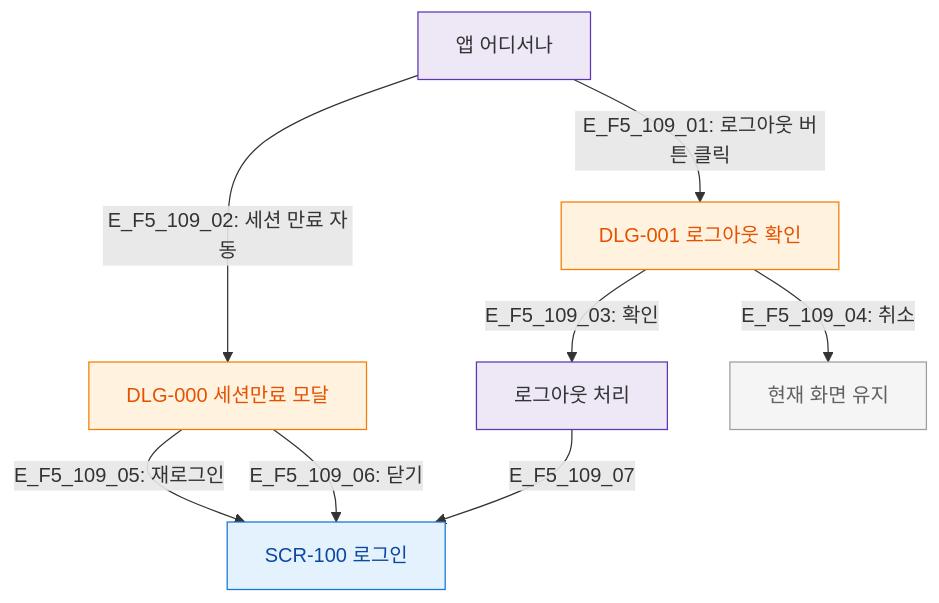
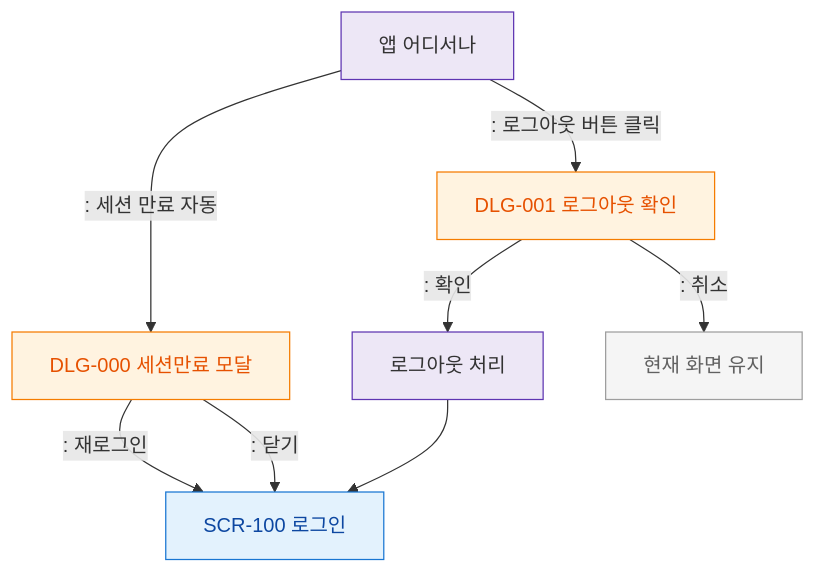
One commit to dev-spogym/admin-pando changed the diagram in docs/다이어그램/D01_공통/SCR-109_로그아웃/F5_모달트리거.md. Above: the diagram before and after it, drawn with Mermaid. The commit also changed other lines of this file and 1660 other files, not shown here.

First line of the commit message:
다이어그램: 기획자/클라이언트 납품본으로 정리

````diff
--- a/docs/다이어그램/D01_공통/SCR-109_로그아웃/F5_모달트리거.md
+++ b/docs/다이어그램/D01_공통/SCR-109_로그아웃/F5_모달트리거.md
@@ -19,24 +17,24 @@
 ```mermaid
 flowchart TD
     APP[앱 어디서나]
 
-    APP -->|"E_F5_109_01: 로그아웃 버튼 클릭"| DLG_001[DLG-001 로그아웃 확인]
-    APP -->|"E_F5_109_02: 세션 만료 자동"| DLG_000[DLG-000 세션만료 모달]
+    APP -->|": 로그아웃 버튼 클릭"|DLG_001[DLG-001 로그아웃 확인]
+    APP -->|": 세션 만료 자동"|DLG_000[DLG-000 세션만료 모달]
 
-    DLG_001 -->|"E_F5_109_03: 확인"| LOGOUT[로그아웃 처리]
-    DLG_001 -->|"E_F5_109_04: 취소"| STAY[현재 화면 유지]
+    DLG_001 -->|": 확인"|LOGOUT[로그아웃 처리]
+    DLG_001 -->|": 취소"|STAY[현재 화면 유지]
 
-    DLG_000 -->|"E_F5_109_05: 재로그인"| SCR_100[SCR-100 로그인]
-    DLG_000 -->|"E_F5_109_06: 닫기"| SCR_100
+    DLG_000 -->|": 재로그인"|SCR_100[SCR-100 로그인]
+    DLG_000 -->|": 닫기"|SCR_100
 
-    LOGOUT -->|E_F5_109_07| SCR_100
+    LOGOUT --> SCR_100
 
-    classDef screen  fill:#E3F2FD,stroke:#1976D2,color:#0D47A1
-    classDef modal   fill:#FFF3E0,stroke:#F57C00,color:#E65100
-    classDef system  fill:#EDE7F6,stroke:#5E35B2
+    classDef screen fill:#E3F2FD,stroke:#1976D2,color:#0D47A1
+    classDef modal fill:#FFF3E0,stroke:#F57C00,color:#E65100
+    classDef system fill:#EDE7F6,stroke:#5E35B2
     classDef rbacBlocked fill:#F5F5F5,stroke:#9E9E9E,color:#616161
     class SCR_100 screen
     class DLG_001,DLG_000 modal
     class APP,LOGOUT system
     class STAY rbacBlocked
 ```
````
